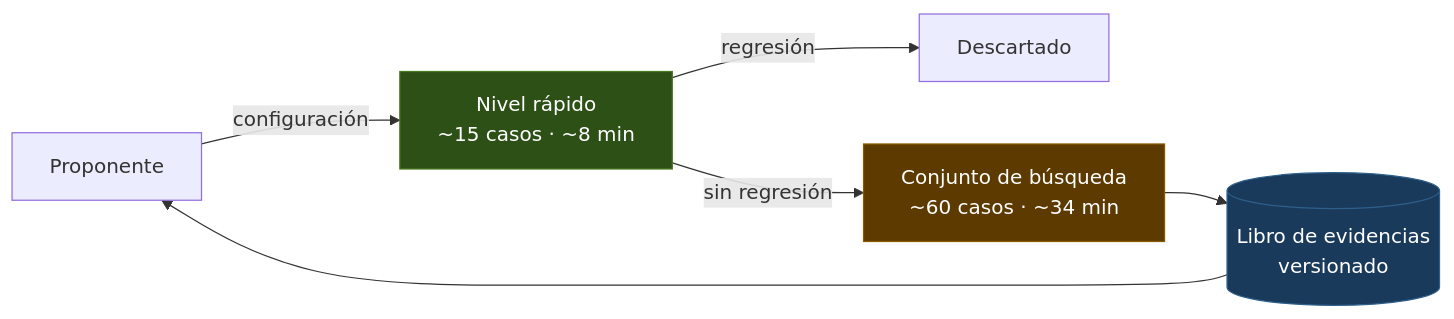
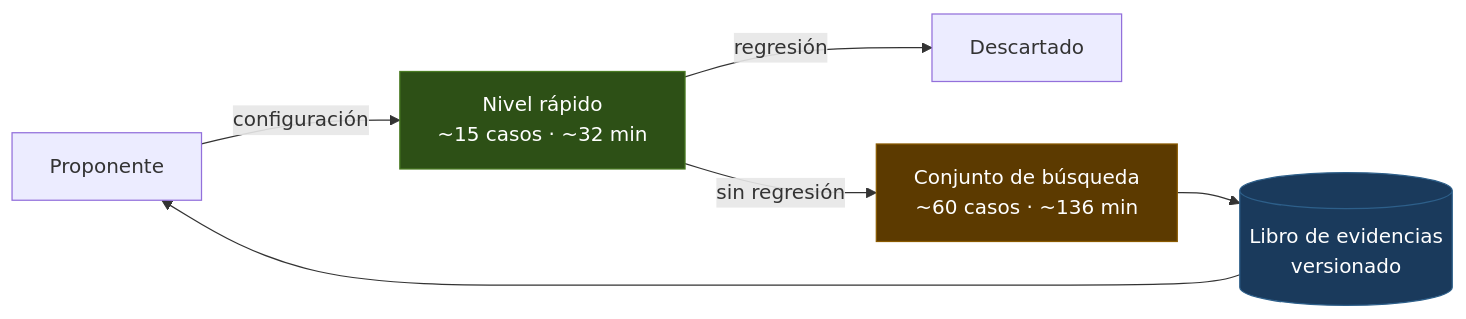
The diagram in docs/design/2026-07-28-loop-automejorable.md (iDiagoValeta/localOllamaRAG), drawn with Mermaid before and after one commit. The commit also changed other lines of this file and 2 other files, not shown here.

````diff
--- a/docs/design/2026-07-28-loop-automejorable.md
+++ b/docs/design/2026-07-28-loop-automejorable.md
@@ -163,15 +180,15 @@
 ```mermaid
 flowchart LR
-    P[Proponente] -->|configuración| F[Nivel rápido<br/>~15 casos · ~8 min]
+    P[Proponente] -->|configuración| F[Nivel rápido<br/>~15 casos · ~32 min]
     F -->|regresión| X[Descartado]
-    F -->|sin regresión| G[Conjunto de búsqueda<br/>~60 casos · ~34 min]
+    F -->|sin regresión| G[Conjunto de búsqueda<br/>~60 casos · ~136 min]
     G --> L[(Libro de evidencias<br/>versionado)]
     L --> P
 
     classDef cheap fill:#2d5016,stroke:#4a7c23,color:#fff
     classDef costly fill:#5c3a00,stroke:#8a5a00,color:#fff
     classDef store fill:#1a3a5c,stroke:#2d5f8a,color:#fff
     class F cheap
     class G costly
     class L store
 ```
````
